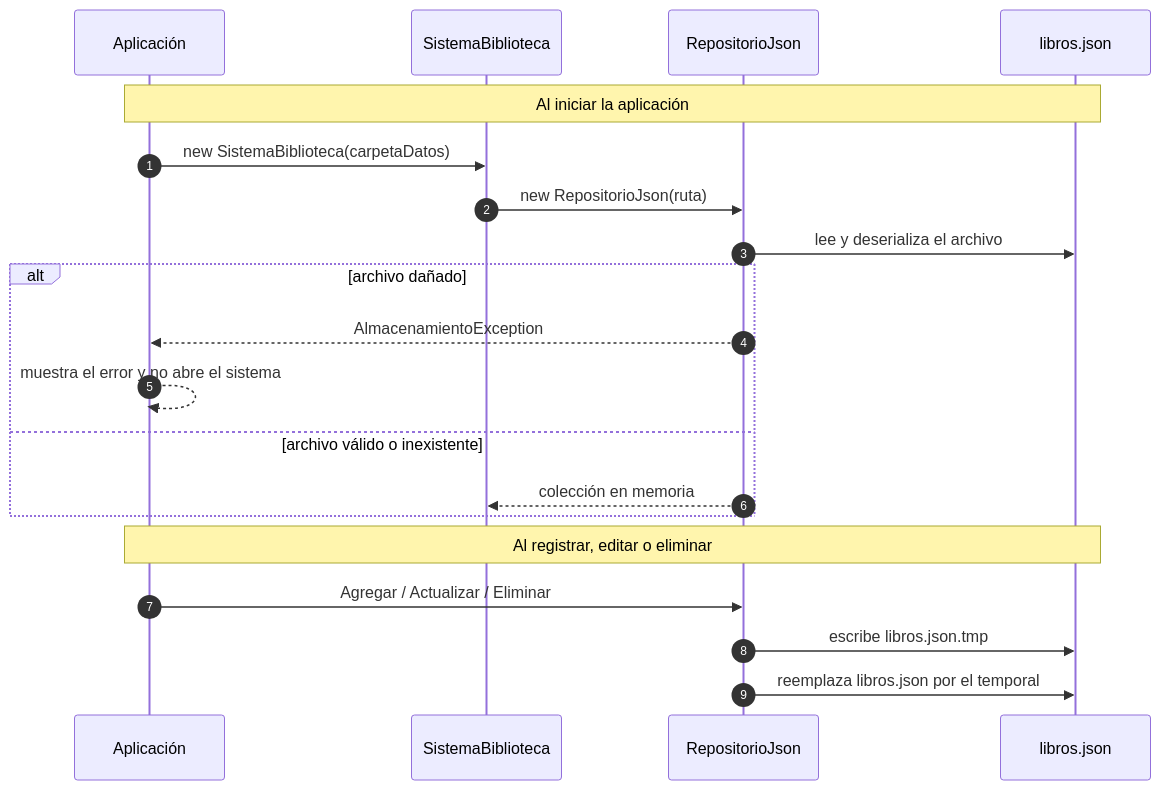
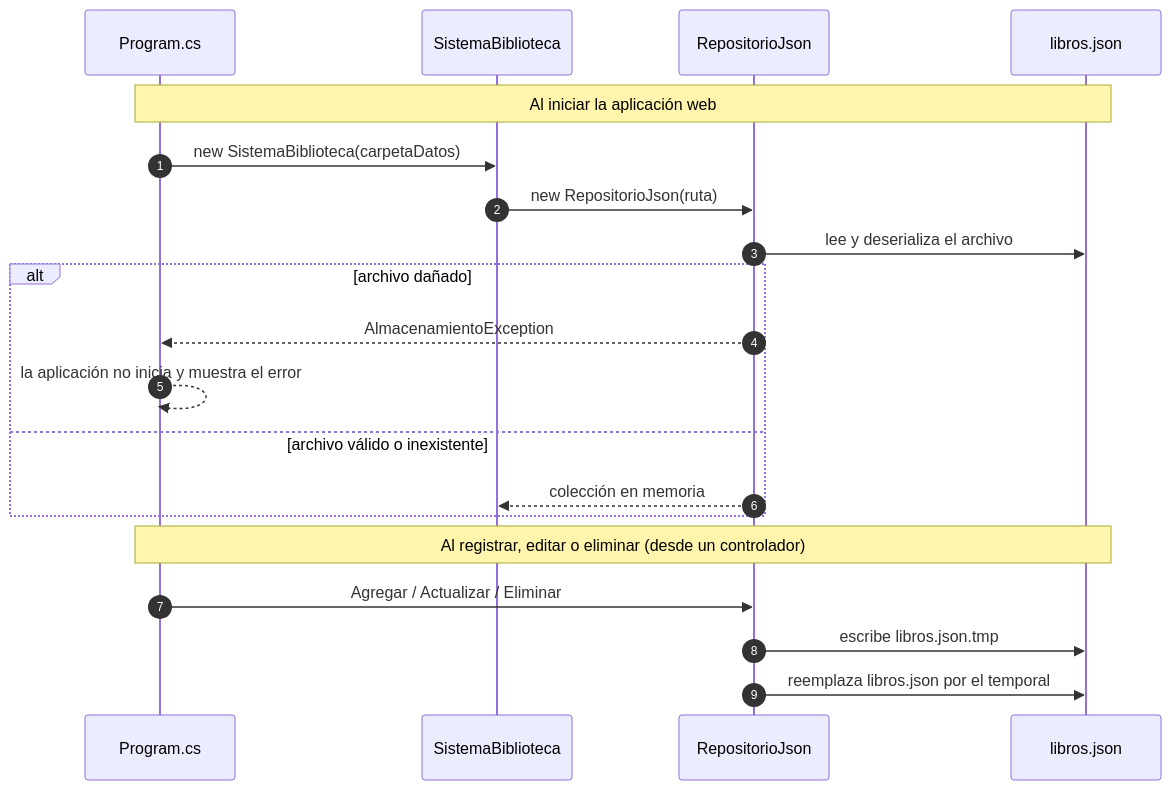
The sixth of 8 diagrams in docs/03-diagramas-uml.md (USPG-Angels-Workspace/sistema-biblioteca), drawn with Mermaid before and after one commit. The commit also changed other lines of this file, not shown here.

Commit message:
docs: actualiza los diagramas de secuencia y arquitectura al patrón MVC y agrega el de controladores

````diff
--- a/docs/03-diagramas-uml.md
+++ b/docs/03-diagramas-uml.md
@@ -343,24 +422,24 @@
 ```mermaid
 sequenceDiagram
     autonumber
-    participant App as Aplicación
+    participant App as Program.cs
     participant SB as SistemaBiblioteca
     participant R as RepositorioJson
     participant F as libros.json
 
-    Note over App,F: Al iniciar la aplicación
+    Note over App,F: Al iniciar la aplicación web
     App->>SB: new SistemaBiblioteca(carpetaDatos)
     SB->>R: new RepositorioJson(ruta)
     R->>F: lee y deserializa el archivo
     alt archivo dañado
         R-->>App: AlmacenamientoException
-        App-->>App: muestra el error y no abre el sistema
+        App-->>App: la aplicación no inicia y muestra el error
     else archivo válido o inexistente
         R-->>SB: colección en memoria
     end
 
-    Note over App,F: Al registrar, editar o eliminar
+    Note over App,F: Al registrar, editar o eliminar (desde un controlador)
     App->>R: Agregar / Actualizar / Eliminar
     R->>F: escribe libros.json.tmp
     R->>F: reemplaza libros.json por el temporal
 ```
````
